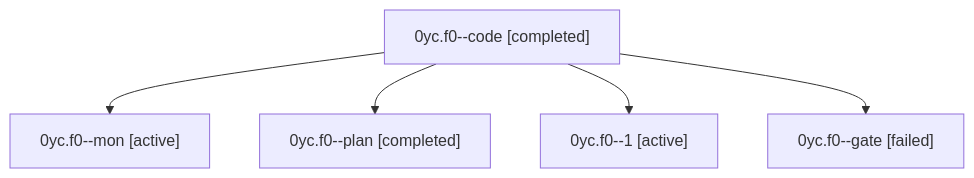
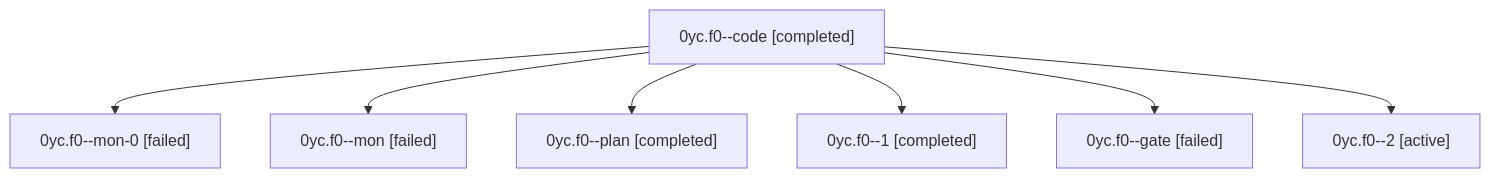
One commit to bobs-org/bob-cli--agents changed the diagram in sessions/bbugyi200.athena.0yc.f0.md. Above: the diagram before and after it, drawn with Mermaid. The commit also changed other lines of this file and 31 other files, not shown here.

````diff
--- a/sessions/bbugyi200.athena.0yc.f0.md
+++ b/sessions/bbugyi200.athena.0yc.f0.md
@@ -9,12 +9,16 @@
 ```mermaid
 flowchart TD
   n0["0yc.f0--code [completed]"]
-  n1["0yc.f0--mon [active]"]
+  n1["0yc.f0--mon-0 [failed]"]
   n0 --> n1
-  n2["0yc.f0--plan [completed]"]
+  n2["0yc.f0--mon [failed]"]
   n0 --> n2
-  n3["0yc.f0--1 [active]"]
+  n3["0yc.f0--plan [completed]"]
   n0 --> n3
-  n4["0yc.f0--gate [failed]"]
+  n4["0yc.f0--1 [completed]"]
   n0 --> n4
+  n5["0yc.f0--gate [failed]"]
+  n0 --> n5
+  n6["0yc.f0--2 [active]"]
+  n0 --> n6
 ```
````
